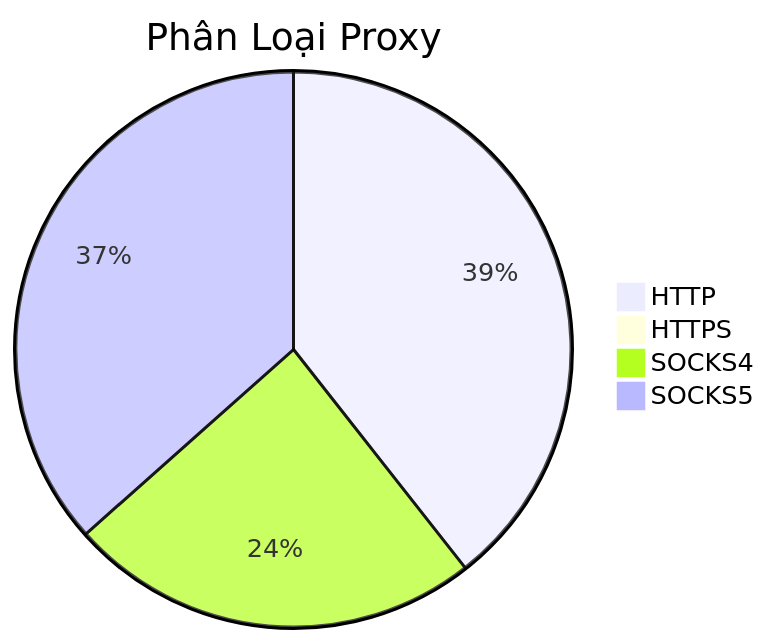
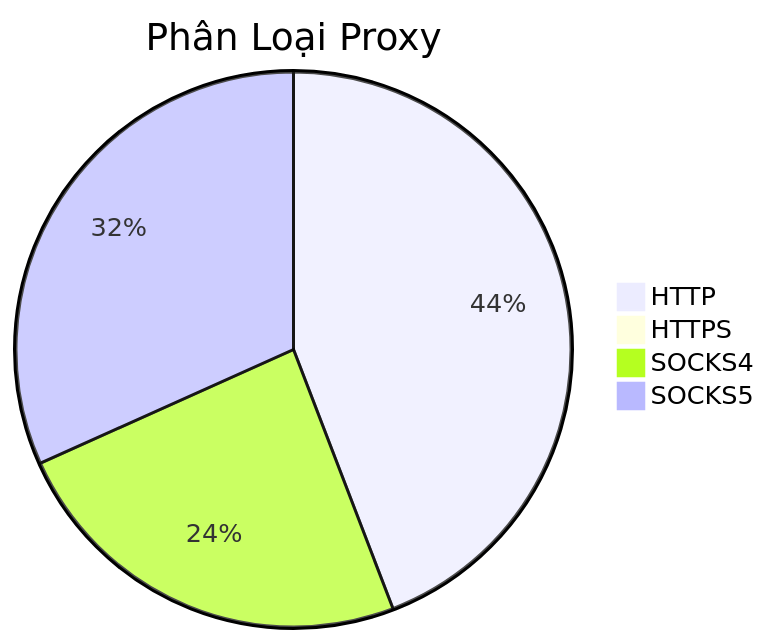
Before and after one commit to Ciara-12/PROXY-free: the diagram in README.md, drawn with Mermaid. The commit also changed other lines of this file and 3 other files, not shown here.

````diff
--- a/README.md
+++ b/README.md
@@ -26,7 +26,7 @@
 ```mermaid
 pie title Phân Loại Proxy
-    "HTTP" : 403
+    "HTTP" : 511
     "HTTPS" : 0
-    "SOCKS4" : 246
-    "SOCKS5" : 374
+    "SOCKS4" : 279
+    "SOCKS5" : 367
 ```
````
